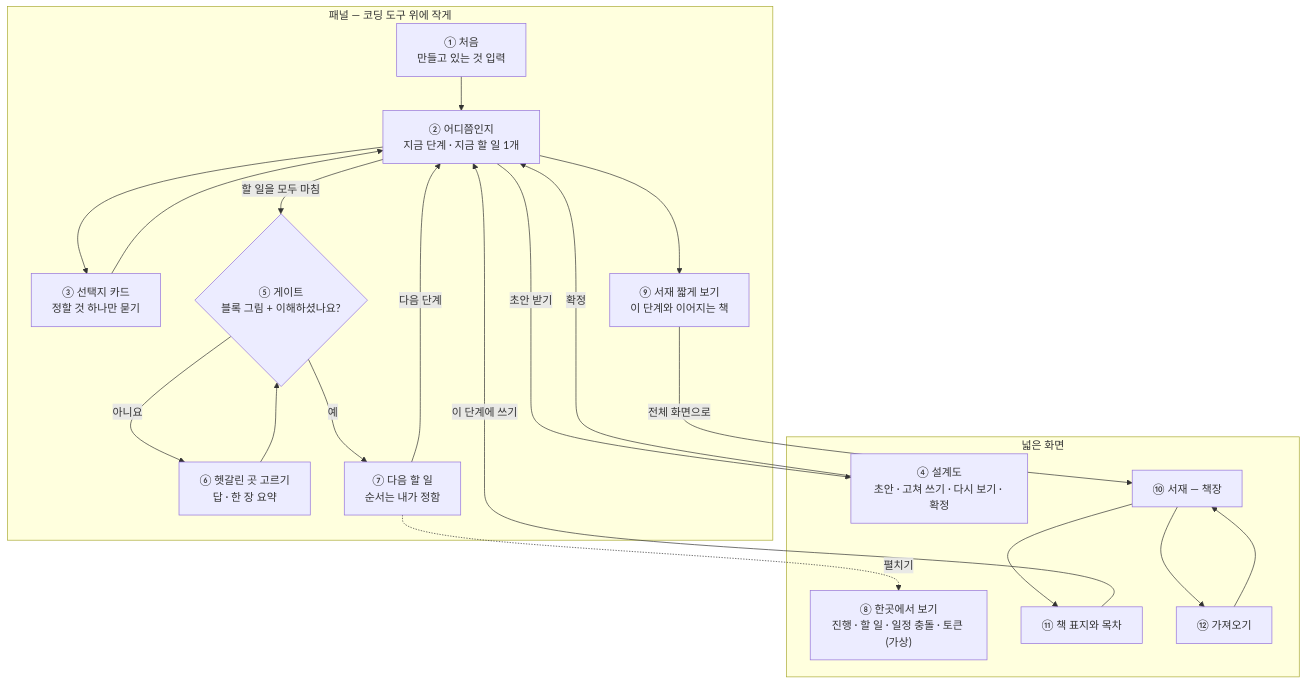
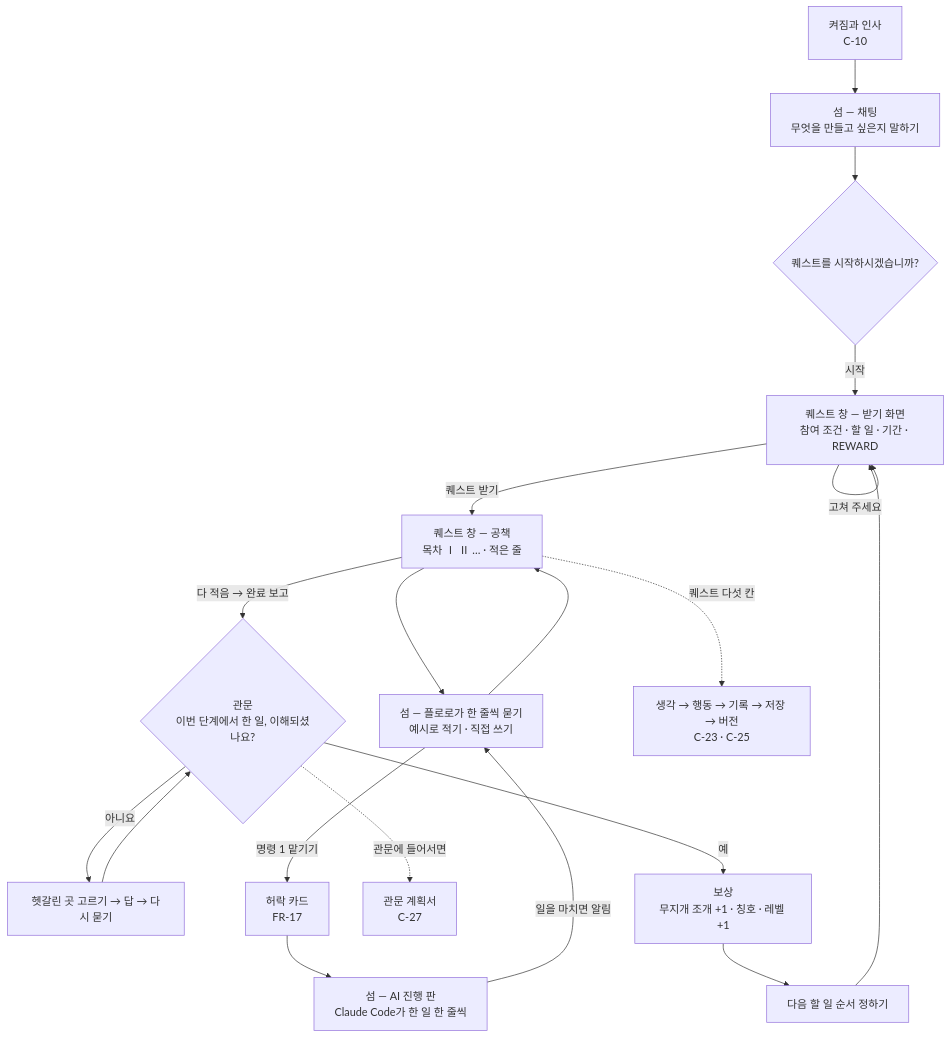
One commit to 2026-Codyssey-Final-Proj/Final-Proj changed the diagram in 01-docs/04-pattern-implementation/screen-flow-wireframe.md. Above: the diagram before and after it, drawn with Mermaid. The commit also changed other lines of this file and 1 other file, not shown here.

First line of the commit message:
docs(ui): #12 화면 흐름·와이어 2판 — 퀘스트 섬에 맞춰 다시 그림

````diff
--- a/01-docs/04-pattern-implementation/screen-flow-wireframe.md
+++ b/01-docs/04-pattern-implementation/screen-flow-wireframe.md
@@ -59,26 +64,21 @@
 ```mermaid
 flowchart TD
-    subgraph P["패널 — 코딩 도구 위에 작게"]
-        A["① 처음<br/>만들고 있는 것 입력"] --> B["② 어디쯤인지<br/>지금 단계 · 지금 할 일 1개"]
-        B --> C["③ 선택지 카드<br/>정할 것 하나만 묻기"]
-        C --> B
-        B -->|"할 일을 모두 마침"| E{"⑤ 게이트<br/>블록 그림 + 이해하셨나요?"}
-        E -->|"아니요"| F["⑥ 헷갈린 곳 고르기<br/>답 · 한 장 요약"]
-        F --> E
-        E -->|"예"| G["⑦ 다음 할 일<br/>순서는 내가 정함"]
-        G -->|"다음 단계"| B
-        B --> S["⑨ 서재 짧게 보기<br/>이 단계와 이어지는 책"]
-    end
-    subgraph W["넓은 화면"]
-        D["④ 설계도<br/>초안 · 고쳐 쓰기 · 다시 보기 · 확정"]
-        O["⑧ 한곳에서 보기<br/>진행 · 할 일 · 일정 충돌 · 토큰 (가상)"]
-        L1["⑩ 서재 — 책장"] --> L2["⑪ 책 표지와 목차"]
-        L1 --> L3["⑫ 가져오기"]
-        L3 --> L1
-    end
-    B -->|"초안 받기"| D
-    D -->|"확정"| B
-    S -->|"전체 화면으로"| L1
-    L2 -->|"이 단계에 쓰기"| B
-    G -.->|"펼치기"| O
+    A["켜짐과 인사<br/>C-10"] --> B["섬 — 채팅<br/>무엇을 만들고 싶은지 말하기"]
+    B --> C{"퀘스트를 시작하시겠습니까?"}
+    C -->|"시작"| D["퀘스트 창 — 받기 화면<br/>참여 조건 · 할 일 · 기간 · REWARD"]
+    D -->|"고쳐 주세요"| D
+    D -->|"퀘스트 받기"| E["퀘스트 창 — 공책<br/>목차 Ⅰ Ⅱ … · 적은 줄"]
+    E --> F["섬 — 플로로가 한 줄씩 묻기<br/>예시로 적기 · 직접 쓰기"]
+    F --> E
+    E -->|"다 적음 → 완료 보고"| G{"관문<br/>이번 단계에서 한 일, 이해되셨나요?"}
+    G -->|"아니요"| H["헷갈린 곳 고르기 → 답 → 다시 묻기"]
+    H --> G
+    G -->|"예"| I["보상<br/>무지개 조개 +1 · 칭호 · 레벨 +1"]
+    I --> J["다음 할 일 순서 정하기"]
+    J --> D
+    G -.->|"관문에 들어서면"| P["관문 계획서<br/>C-27"]
+    E -.->|"퀘스트 다섯 칸"| Q["생각 → 행동 → 기록 → 저장 → 버전<br/>C-23 · C-25"]
+    F -->|"명령 1 맡기기"| K["허락 카드<br/>FR-17"]
+    K --> L["섬 — AI 진행 판<br/>Claude Code가 한 일 한 줄씩"]
+    L -->|"일을 마치면 알림"| F
 ```
````
